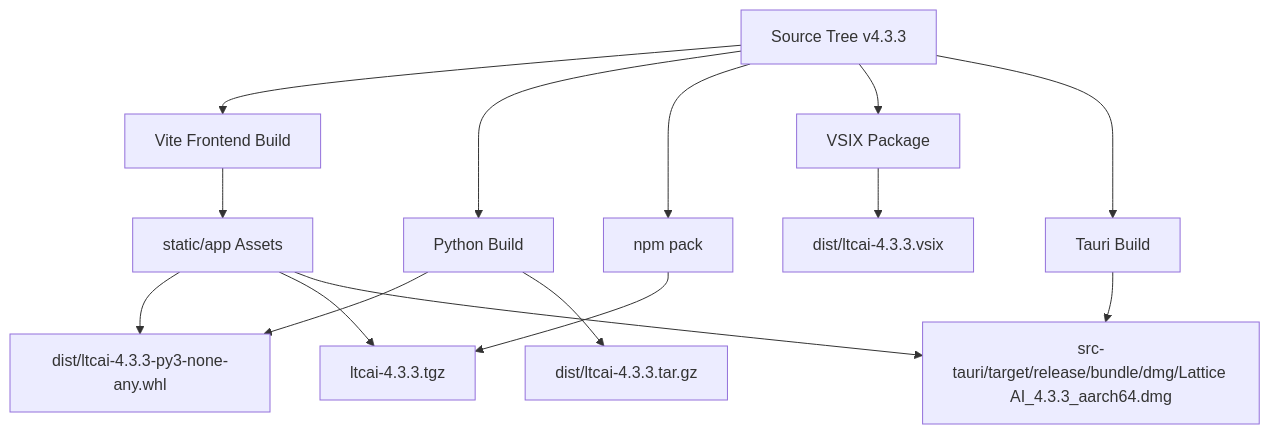
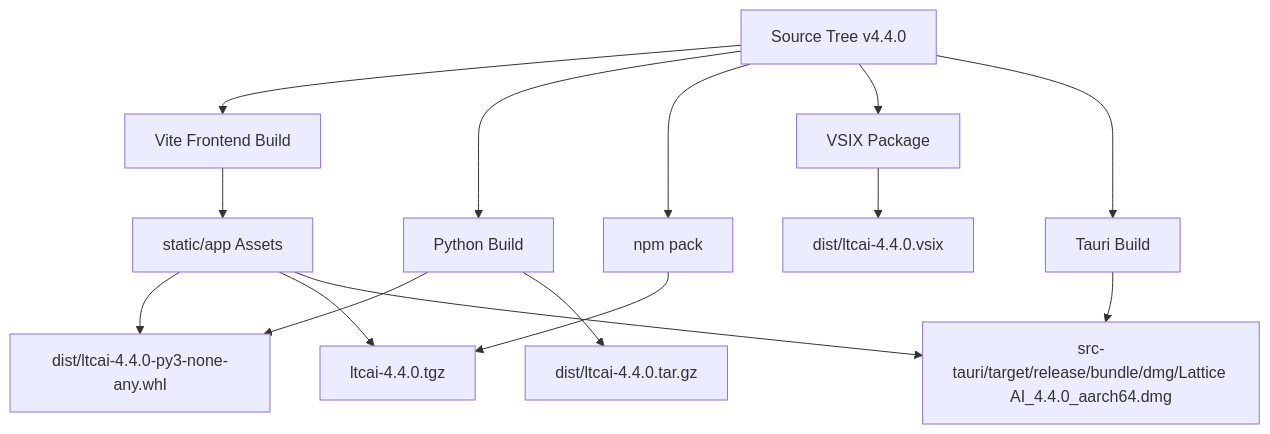
One commit to TaeSooPark-PTS/LatticeAI changed diagram 12 of 13 in ARCHITECTURE.md. Above: the diagram before and after it, drawn with Mermaid. The commit also changed other lines of this file and 123 other files, not shown here.

````diff
--- a/ARCHITECTURE.md
+++ b/ARCHITECTURE.md
@@ -332,18 +336,18 @@
 ```mermaid
 flowchart TB
-  Source["Source Tree v4.3.3"] --> FrontendBuild["Vite Frontend Build"]
+  Source["Source Tree v4.4.0"] --> FrontendBuild["Vite Frontend Build"]
   Source --> PythonBuild["Python Build"]
   Source --> NpmPack["npm pack"]
   Source --> VsixBuild["VSIX Package"]
   Source --> TauriBuild["Tauri Build"]
 
   FrontendBuild --> StaticAssets["static/app Assets"]
-  PythonBuild --> Wheel["dist/ltcai-4.3.3-py3-none-any.whl"]
-  PythonBuild --> Sdist["dist/ltcai-4.3.3.tar.gz"]
-  NpmPack --> Tgz["ltcai-4.3.3.tgz"]
-  VsixBuild --> Vsix["dist/ltcai-4.3.3.vsix"]
-  TauriBuild --> Dmg["src-tauri/target/release/bundle/dmg/Lattice AI_4.3.3_aarch64.dmg"]
+  PythonBuild --> Wheel["dist/ltcai-4.4.0-py3-none-any.whl"]
+  PythonBuild --> Sdist["dist/ltcai-4.4.0.tar.gz"]
+  NpmPack --> Tgz["ltcai-4.4.0.tgz"]
+  VsixBuild --> Vsix["dist/ltcai-4.4.0.vsix"]
+  TauriBuild --> Dmg["src-tauri/target/release/bundle/dmg/Lattice AI_4.4.0_aarch64.dmg"]
   StaticAssets --> Wheel
   StaticAssets --> Tgz
   StaticAssets --> Dmg
 ```
````
